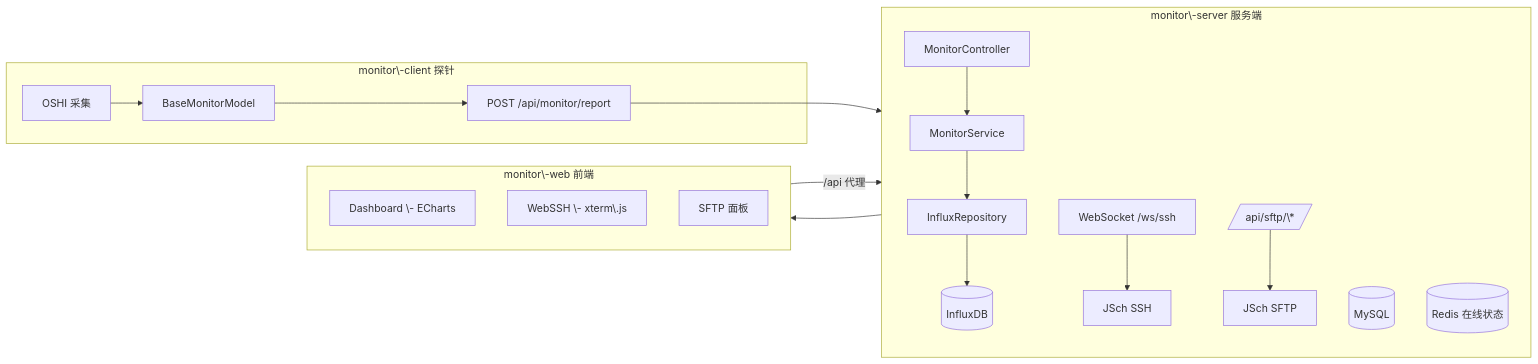
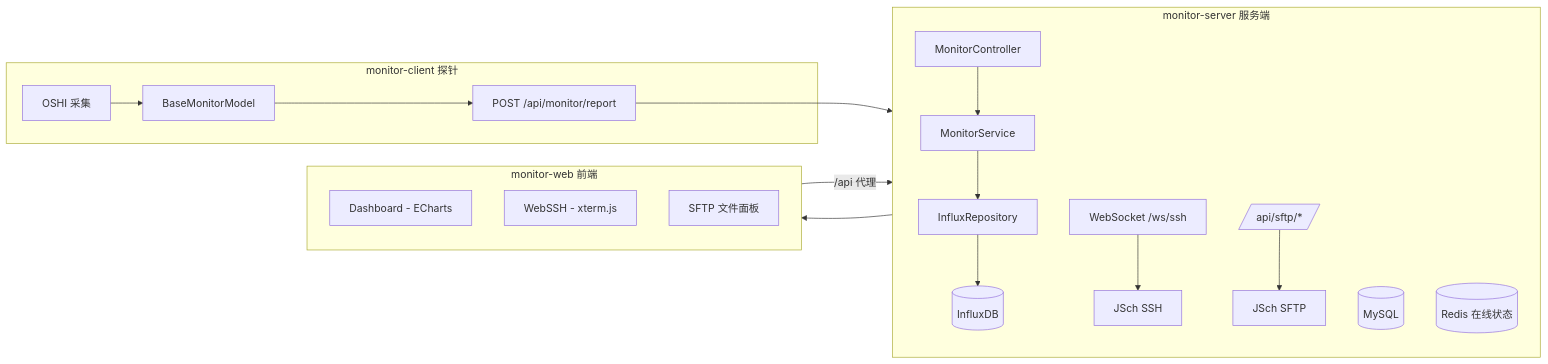
The diagram in README.md (ouyangxu66/GraduationProject-ServerMonitor), drawn with Mermaid before and after one commit. The commit also changed other lines of this file, not shown here.

````diff
--- a/README.md
+++ b/README.md
@@ -66,29 +66,29 @@
 ```mermaid
 flowchart LR
-  subgraph Agent[monitor\-client 探针]
+  subgraph Agent[monitor-client 探针]
     A1[OSHI 采集] --> A2[BaseMonitorModel]
     A2 --> A3[POST /api/monitor/report]
   end
 
-  subgraph Server[monitor\-server 服务端]
+  subgraph Server[monitor-server 服务端]
     S1[MonitorController] --> S2[MonitorService]
     S2 --> S3[InfluxRepository]
     S3 --> I[(InfluxDB)]
 
     WS[WebSocket /ws/ssh] --> SSH[JSch SSH]
-    HTTP[/api/sftp/\*/] --> SFTP[JSch SFTP]
+    HTTP[/api/sftp/*/] --> SFTP[JSch SFTP]
     DB[(MySQL)]
     R[(Redis 在线状态)]
   end
 
-  subgraph Web[monitor\-web 前端]
-    V1[Dashboard \- ECharts]
-    V2[WebSSH \- xterm\.js]
-    V3[SFTP 面板]
+  subgraph Web[monitor-web 前端]
+    V1[Dashboard - ECharts]
+    V2[WebSSH - xterm.js]
+    V3[SFTP 文件面板]
   end
 
   A3 --> Server
   Web -->|/api 代理| Server
   Server --> Web
 
 ```
````
